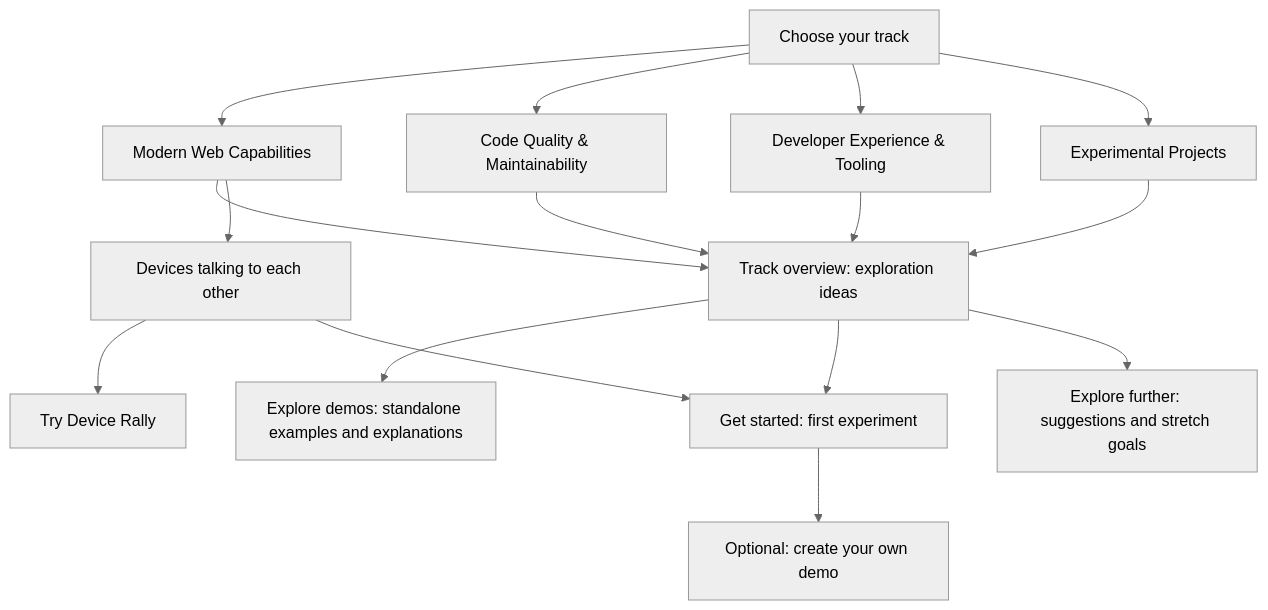
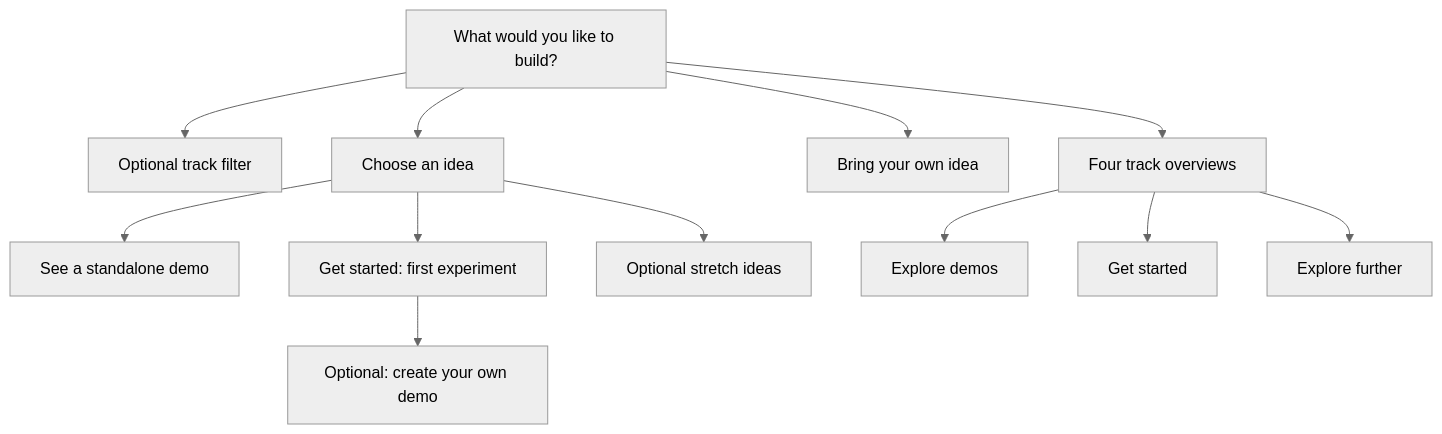
The diagram in gallery/docs/navigation.mmd (mortenbroesby/frontend-lab), drawn with Mermaid (neutral theme) before and after one commit. The commit also changed 17 other files, not shown here.

Commit message:
Lead with ideas and connect each to examples and first experiments

```diff
--- a/gallery/docs/navigation.mmd
+++ b/gallery/docs/navigation.mmd
@@ -1,13 +1,12 @@
 flowchart TD
-  Home[Choose your track] --> Modern[Modern Web Capabilities]
-  Home --> Quality[Code Quality & Maintainability]
-  Home --> Tooling[Developer Experience & Tooling]
-  Home --> Projects[Experimental Projects]
-  Modern & Quality & Tooling & Projects --> Overview[Track overview: exploration ideas]
-  Overview --> Demos[Explore demos: standalone examples and explanations]
-  Overview --> Start[Get started: first experiment]
-  Overview --> Ideas[Explore further: suggestions and stretch goals]
-  Modern --> Devices[Devices talking to each other]
-  Devices --> Rally[Try Device Rally]
-  Devices --> Start
+  Home[What would you like to build?] --> Filter[Optional track filter]
+  Home --> Idea[Choose an idea]
+  Idea --> Demo[See a standalone demo]
+  Idea --> Start[Get started: first experiment]
+  Idea --> Stretch[Optional stretch ideas]
+  Home --> Own[Bring your own idea]
+  Home --> Tracks[Four track overviews]
+  Tracks --> Examples[Explore demos]
+  Tracks --> Setup[Get started]
+  Tracks --> Explore[Explore further]
   Start --> Create[Optional: create your own demo]
```
